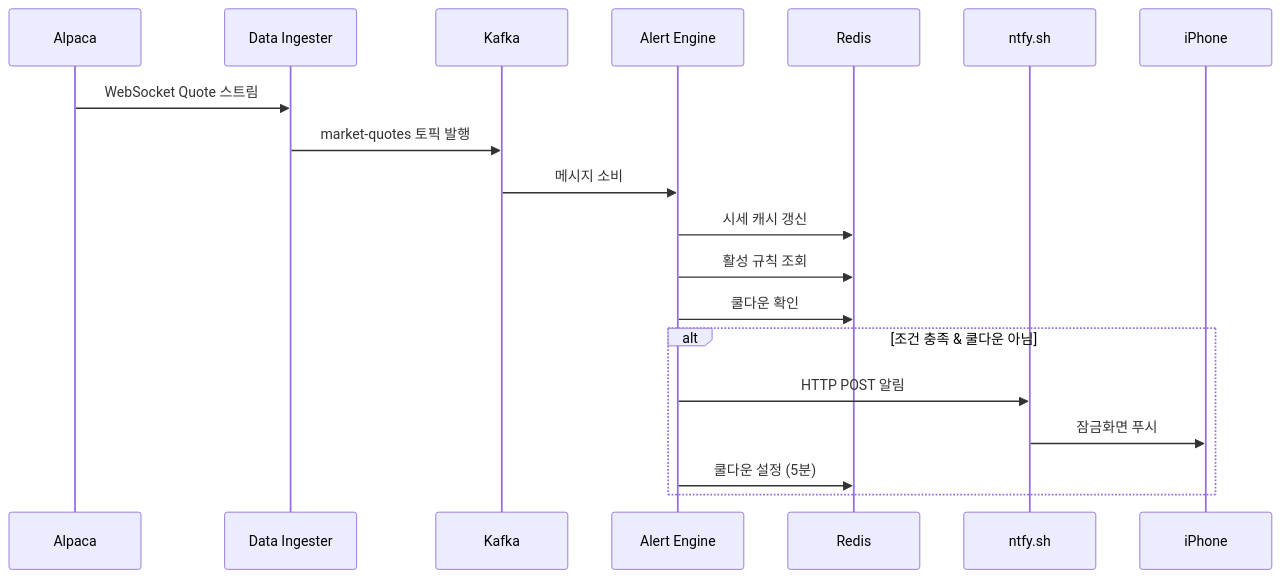
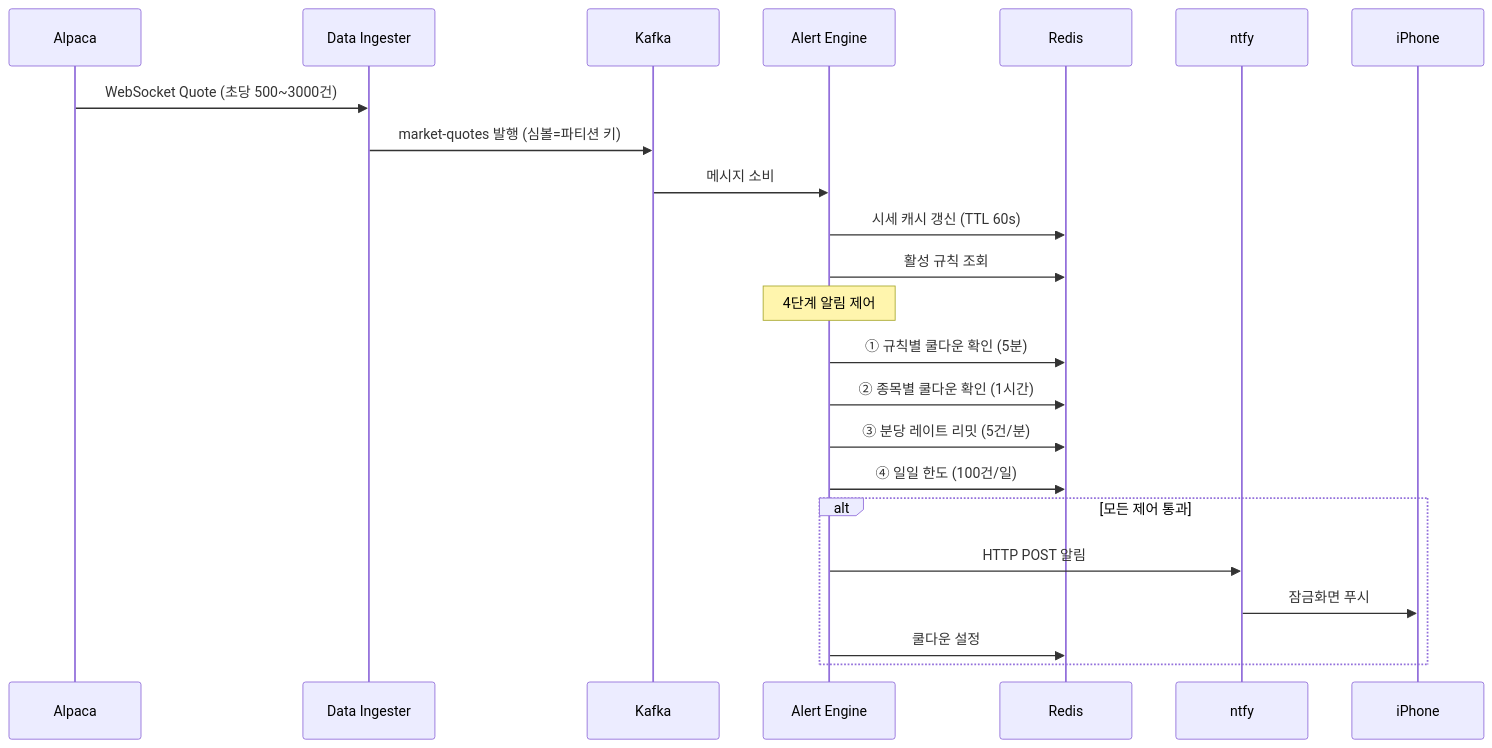
Before and after one commit to jaemanc/alpaca_api: the second of 2 diagrams in README.md, drawn with Mermaid. The commit also changed other lines of this file, not shown here.

````diff
--- a/README.md
+++ b/README.md
@@ -19,23 +19,28 @@
 ```mermaid
 sequenceDiagram
     participant Alpaca
     participant Ingester as Data Ingester
     participant Kafka
     participant Engine as Alert Engine
     participant Redis
-    participant ntfy as ntfy.sh
+    participant ntfy
     participant Phone as iPhone
 
-    Alpaca->>Ingester: WebSocket Quote 스트림
-    Ingester->>Kafka: market-quotes 토픽 발행
+    Alpaca->>Ingester: WebSocket Quote (초당 500~3000건)
+    Ingester->>Kafka: market-quotes 발행 (심볼=파티션 키)
     Kafka->>Engine: 메시지 소비
-    Engine->>Redis: 시세 캐시 갱신
+    Engine->>Redis: 시세 캐시 갱신 (TTL 60s)
     Engine->>Redis: 활성 규칙 조회
-    Engine->>Redis: 쿨다운 확인
+    
+    Note over Engine: 4단계 알림 제어
+    Engine->>Redis: ① 규칙별 쿨다운 확인 (5분)
+    Engine->>Redis: ② 종목별 쿨다운 확인 (1시간)
+    Engine->>Redis: ③ 분당 레이트 리밋 (5건/분)
+    Engine->>Redis: ④ 일일 한도 (100건/일)
 
-    alt 조건 충족 & 쿨다운 아님
+    alt 모든 제어 통과
         Engine->>ntfy: HTTP POST 알림
         ntfy->>Phone: 잠금화면 푸시
-        Engine->>Redis: 쿨다운 설정 (5분)
+        Engine->>Redis: 쿨다운 설정
     end
 ```
````
